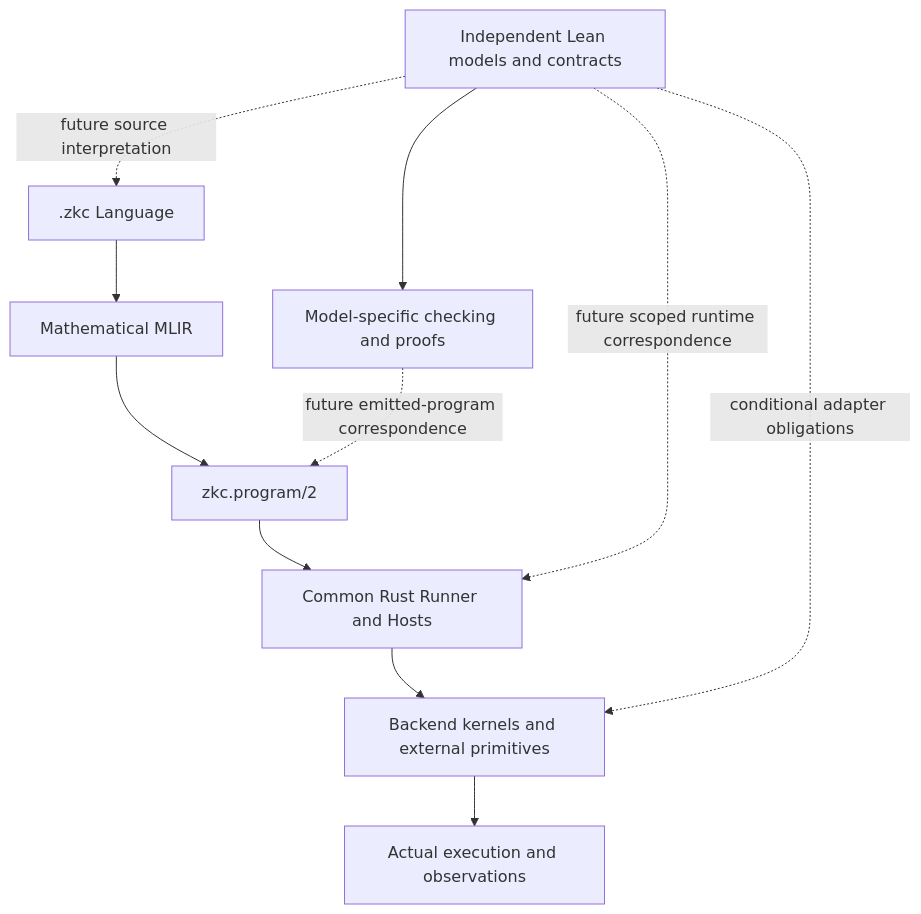
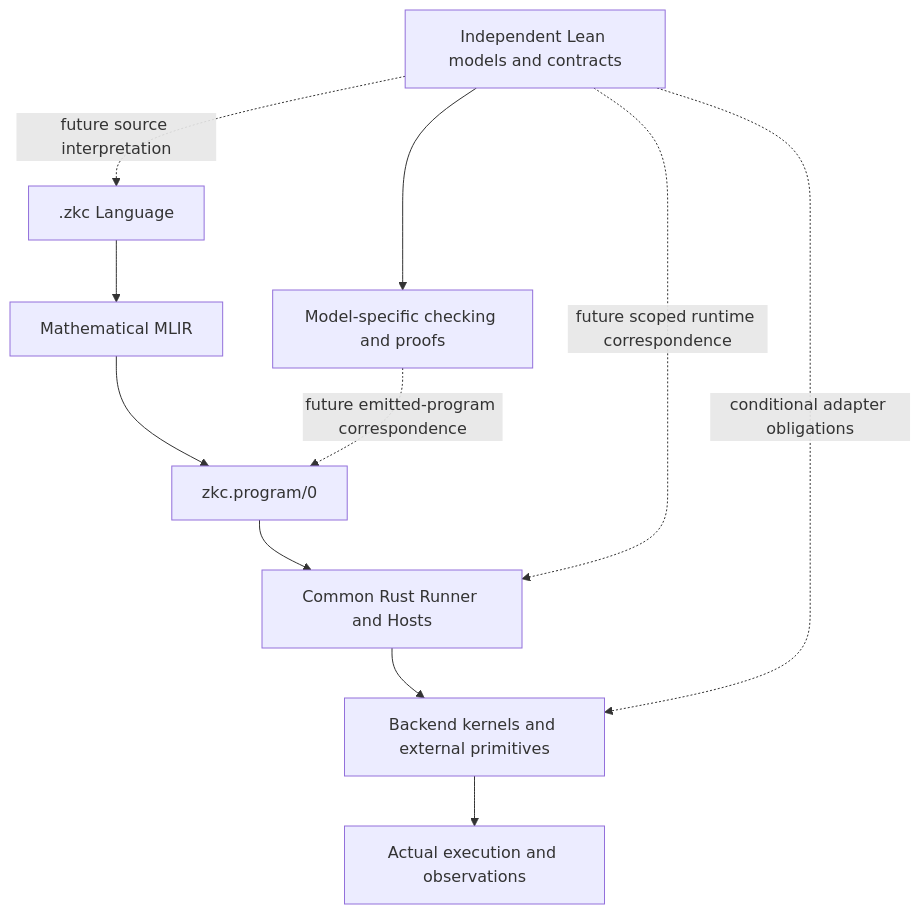
Before and after one commit to zkcompiler/zkc: the diagram in formal/design/verification-map.md, drawn with Mermaid. The commit also changed other lines of this file and 493 other files, not shown here.

````diff
--- a/formal/design/verification-map.md
+++ b/formal/design/verification-map.md
@@ -36,13 +36,13 @@
 ```mermaid
 flowchart TD
   U[.zkc Language] --> M[Mathematical MLIR]
-  M --> C[zkc.program/2]
+  M --> C[zkc.program/0]
   C --> R[Common Rust Runner and Hosts]
   R --> B[Backend kernels and external primitives]
   B --> X[Actual execution and observations]
   L[Independent Lean models and contracts] --> K[Model-specific checking and proofs]
   L -. future source interpretation .-> U
   K -. future emitted-program correspondence .-> C
   L -. future scoped runtime correspondence .-> R
   L -. conditional adapter obligations .-> B
 ```
````
